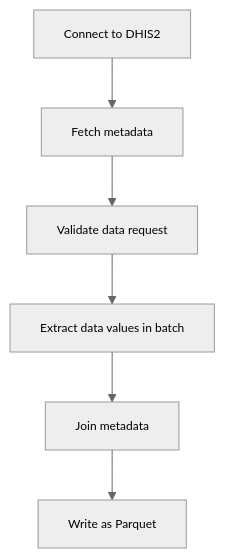
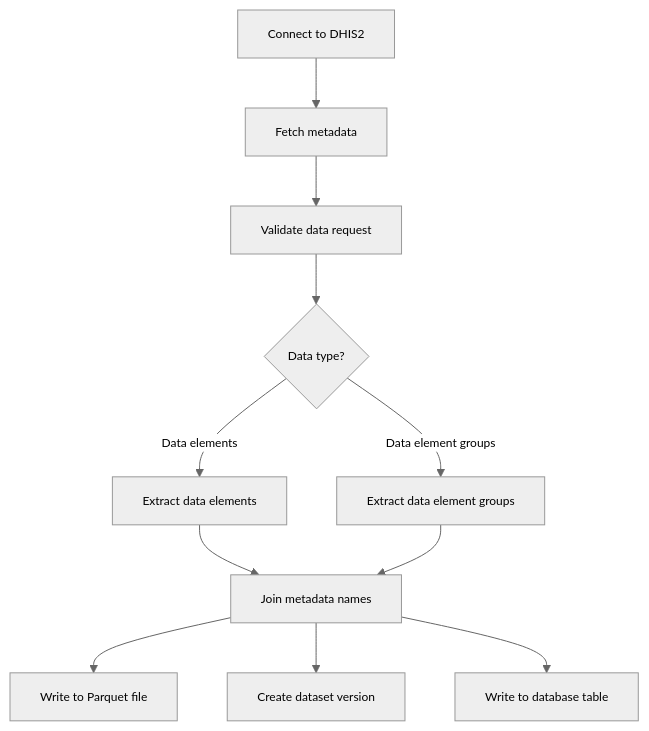
The diagram in dhis2_extract_data_elements/README.md (BLSQ/openhexa-templates-ds), drawn with Mermaid before and after one commit. The commit also changed other lines of this file, not shown here.

````diff
--- a/dhis2_extract_data_elements/README.md
+++ b/dhis2_extract_data_elements/README.md
@@ -71,17 +89,23 @@
 ```mermaid
 %%{init: 
 {
   "theme": "neutral",
   "themeVariables": {
     "fontFamily": "Barlow",
     "fontSize": "12px"
  }
 }
 }%%
 flowchart TD
-    A[Connect to DHIS2] --> B[Fetch metadata]
-    B --> C[Validate data request]
-    C --> D[Extract data values in batch]
-    D --> E[Join metadata]
-    E --> F[Write as Parquet]
+    A[Connect to DHIS2]
+    A --> C[Fetch metadata]
+    C --> D[Validate data request]
+    D --> E{Data type?}
+    E -->|Data elements| F[Extract data elements]
+    E -->|Data element groups| G[Extract data element groups]
+    F --> H[Join metadata names]
+    G --> H
+    H --> J[Write to Parquet file]
+    H --> K[Create dataset version]
+    H --> L[Write to database table]
 ```
````
